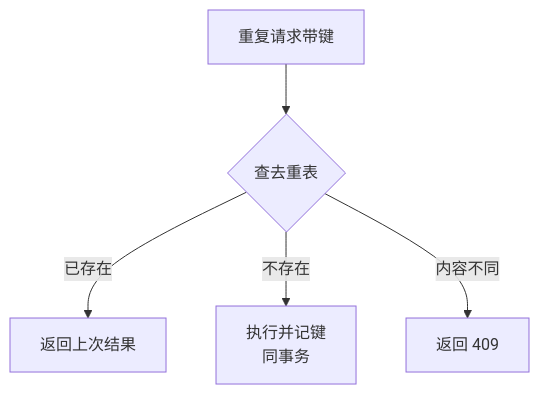
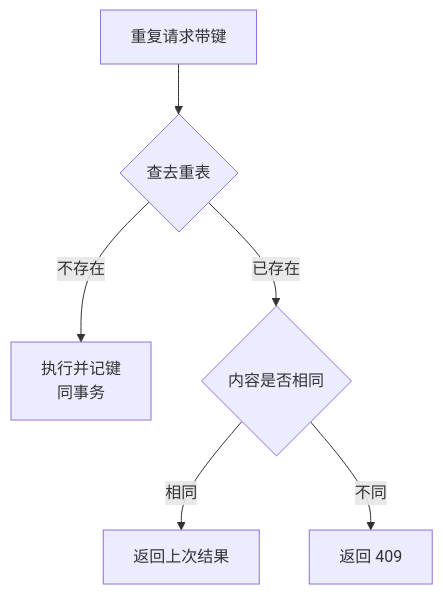
Before and after one commit to hub138/technical-knowledge: the first of 2 diagrams in vault/工程知识/后端系统：在并发、失败与变化中维持服务/任务与并发/幂等性的完整谱系：从操作语义到删除接口的天然陷阱.md, drawn with Mermaid. The commit also changed other lines of this file and 622 other files, not shown here.

````diff
--- a/vault/工程知识/后端系统：在并发、失败与变化中维持服务/任务与并发/幂等性的完整谱系：从操作语义到删除接口的天然陷阱.md
+++ b/vault/工程知识/后端系统：在并发、失败与变化中维持服务/任务与并发/幂等性的完整谱系：从操作语义到删除接口的天然陷阱.md
@@ -40,7 +48,8 @@
 ```mermaid
 graph TD
-    R[重复请求带键] --> Q{查去重表}
-    Q -->|已存在| B[返回上次结果]
-    Q -->|不存在| E[执行并记键<br/>同事务]
-    Q -->|内容不同| X[返回 409]
+    R["重复请求带键"] --> Q{"查去重表"}
+    Q -->|"不存在"| E["执行并记键<br/>同事务"]
+    Q -->|"已存在"| S{"内容是否相同"}
+    S -->|"相同"| B["返回上次结果"]
+    S -->|"不同"| X["返回 409"]
 ```
````
